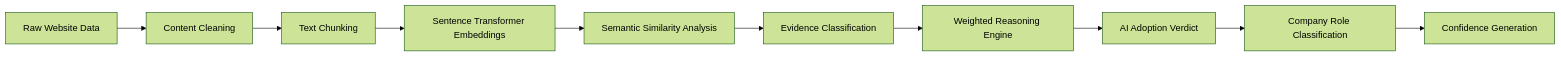
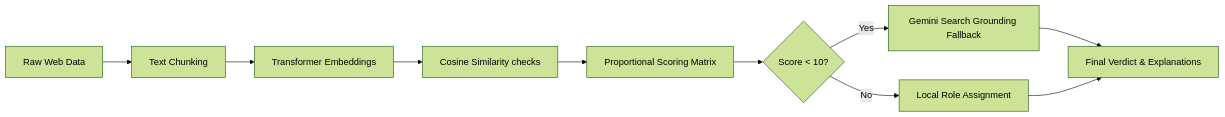
The second of 3 diagrams in README.md (adityalawand7/ai-usage-detection), drawn with Mermaid (forest theme) before and after one commit. The commit also changed other lines of this file and 10 other files, not shown here.

Commit message:
Implement Gemini search fallback, accurate role reasoning, POST/Redirect/Get pattern, and concurrent workers

````diff
--- a/README.md
+++ b/README.md
@@ -176,22 +175,12 @@
 ```mermaid
 flowchart LR
-
-    A[Raw Website Data]
-    --> B[Content Cleaning]
-
-    B --> C[Text Chunking]
-
-    C --> D[Sentence Transformer Embeddings]
-
-    D --> E[Semantic Similarity Analysis]
-
-    E --> F[Evidence Classification]
-
-    F --> G[Weighted Reasoning Engine]
-
-    G --> H[AI Adoption Verdict]
-
-    H --> I[Company Role Classification]
-
-    I --> J[Confidence Generation]
+    A[Raw Web Data] --> B[Text Chunking]
+    B --> C[Transformer Embeddings]
+    C --> D[Cosine Similarity checks]
+    D --> E[Proportional Scoring Matrix]
+    E --> F{Score < 10?}
+    F -- Yes --> G[Gemini Search Grounding Fallback]
+    F -- No --> H[Local Role Assignment]
+    G --> I[Final Verdict & Explanations]
+    H --> I
 ```
````
